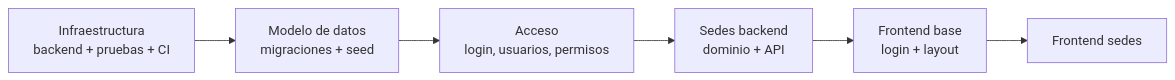
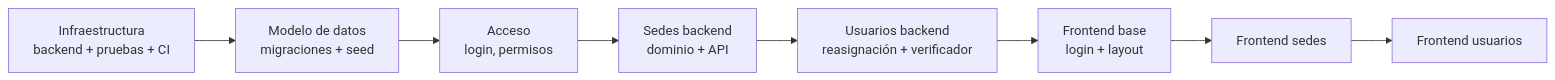
The diagram in docs/tecnica/11-plan-sedes-y-acceso.md (Maximiliano018/TPI-DAO), drawn with Mermaid before and after one commit. The commit also changed other lines of this file, not shown here.

Commit message:
docs: separar la API de usuarios del personal en su propio PR

````diff
--- a/docs/tecnica/11-plan-sedes-y-acceso.md
+++ b/docs/tecnica/11-plan-sedes-y-acceso.md
@@ -36,8 +36,10 @@
 ```mermaid
 flowchart LR
     I[Infraestructura<br/>backend + pruebas + CI] --> D[Modelo de datos<br/>migraciones + seed]
-    D --> A[Acceso<br/>login, usuarios, permisos]
+    D --> A[Acceso<br/>login, permisos]
     A --> S[Sedes backend<br/>dominio + API]
-    S --> FB[Frontend base<br/>login + layout]
+    S --> U[Usuarios backend<br/>reasignación + verificador]
+    U --> FB[Frontend base<br/>login + layout]
     FB --> FS[Frontend sedes]
+    FS --> FU[Frontend usuarios]
 ```
````
